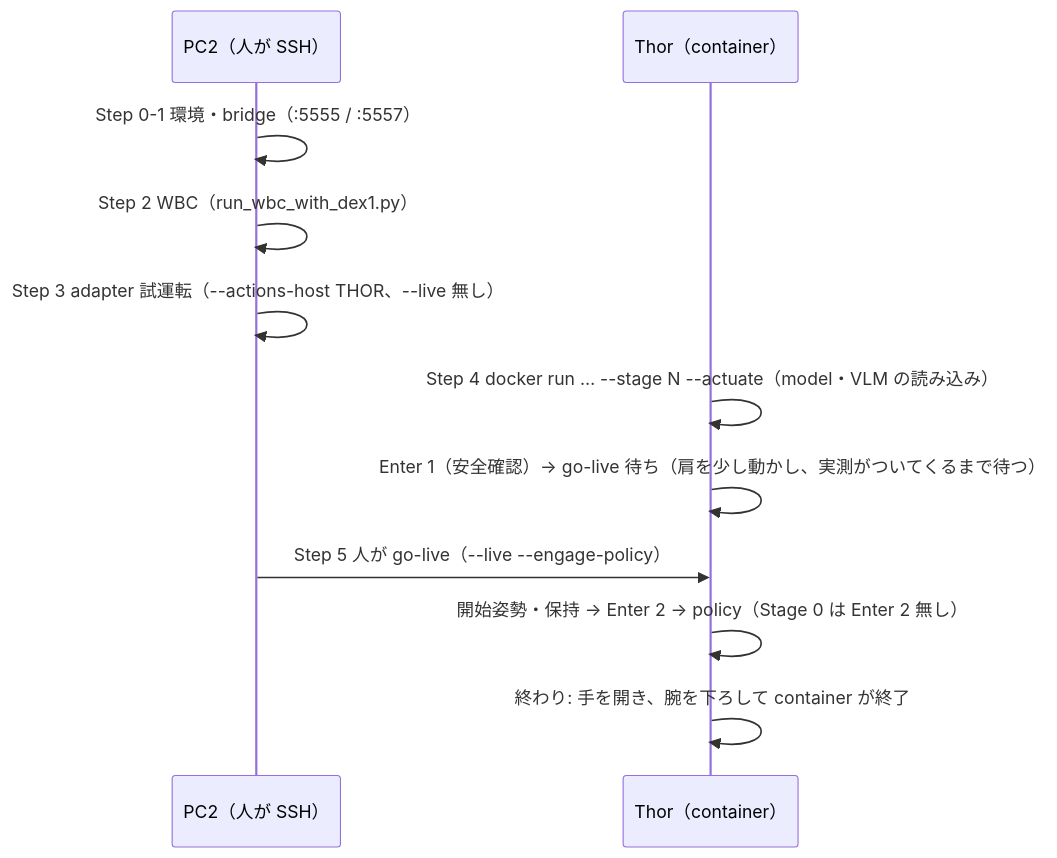
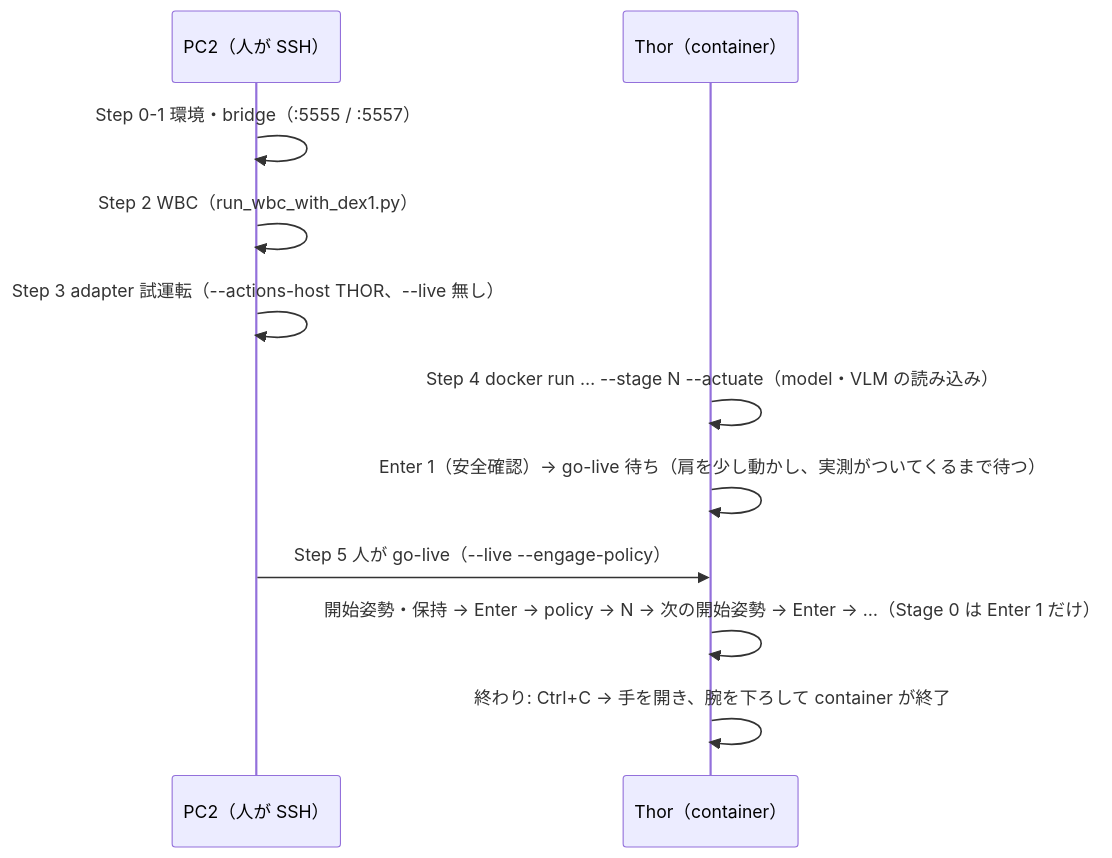
One commit to matsuolab-llmcompe2025-team-suzuki/ikea_iros_submit changed the second of 2 diagrams in INSTRUCTIONS.md. Above: the diagram before and after it, drawn with Mermaid. The commit also changed other lines of this file and 11 other files, not shown here.

````diff
--- a/INSTRUCTIONS.md
+++ b/INSTRUCTIONS.md
@@ -57,13 +58,13 @@
 ```mermaid
 sequenceDiagram
   participant P as PC2（人が SSH）
   participant T as Thor（container）
   P->>P: Step 0-1 環境・bridge（:5555 / :5557）
   P->>P: Step 2 WBC（run_wbc_with_dex1.py）
   P->>P: Step 3 adapter 試運転（--actions-host THOR、--live 無し）
   T->>T: Step 4 docker run … --stage N --actuate（model・VLM の読み込み）
   T->>T: Enter 1（安全確認）→ go-live 待ち（肩を少し動かし、実測がついてくるまで待つ）
   P->>T: Step 5 人が go-live（--live --engage-policy）
-  T->>T: 開始姿勢・保持 → Enter 2 → policy（Stage 0 は Enter 2 無し）
-  T->>T: 終わり: 手を開き、腕を下ろして container が終了
+  T->>T: 開始姿勢・保持 → Enter → policy → N → 次の開始姿勢 → Enter → …（Stage 0 は Enter 1 だけ）
+  T->>T: 終わり: Ctrl+C → 手を開き、腕を下ろして container が終了
 ```
````
